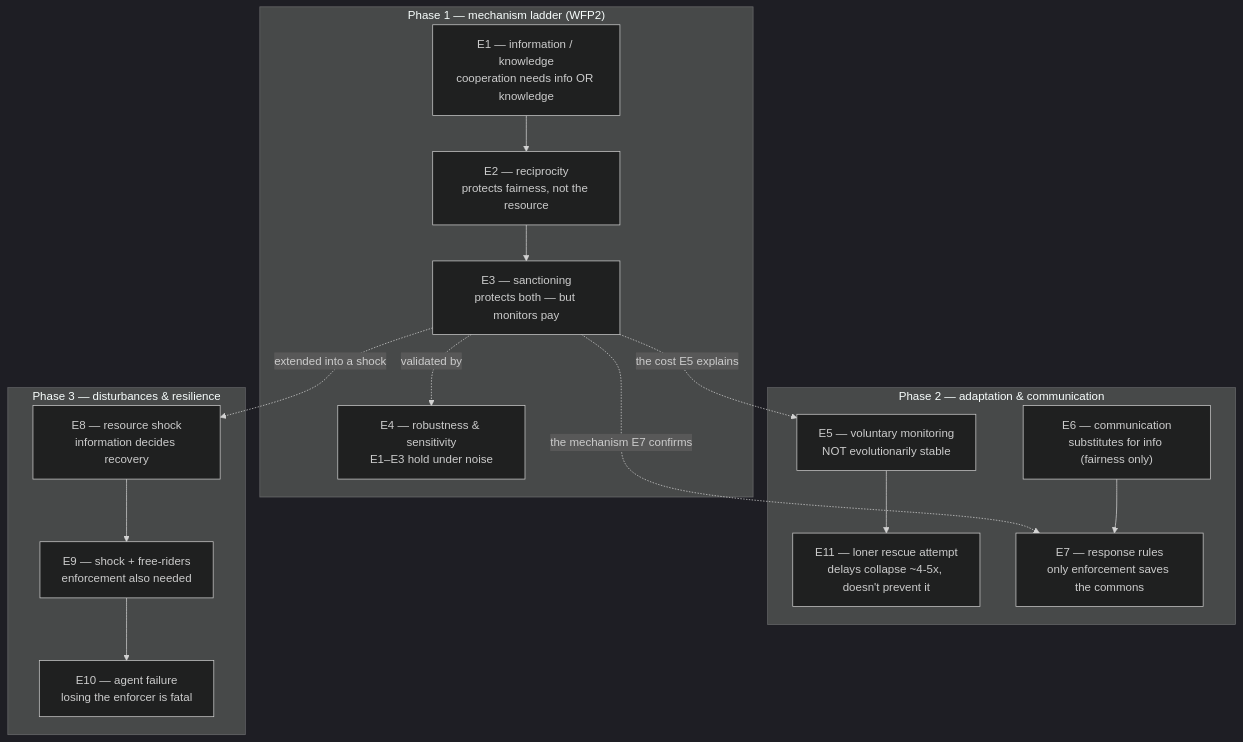
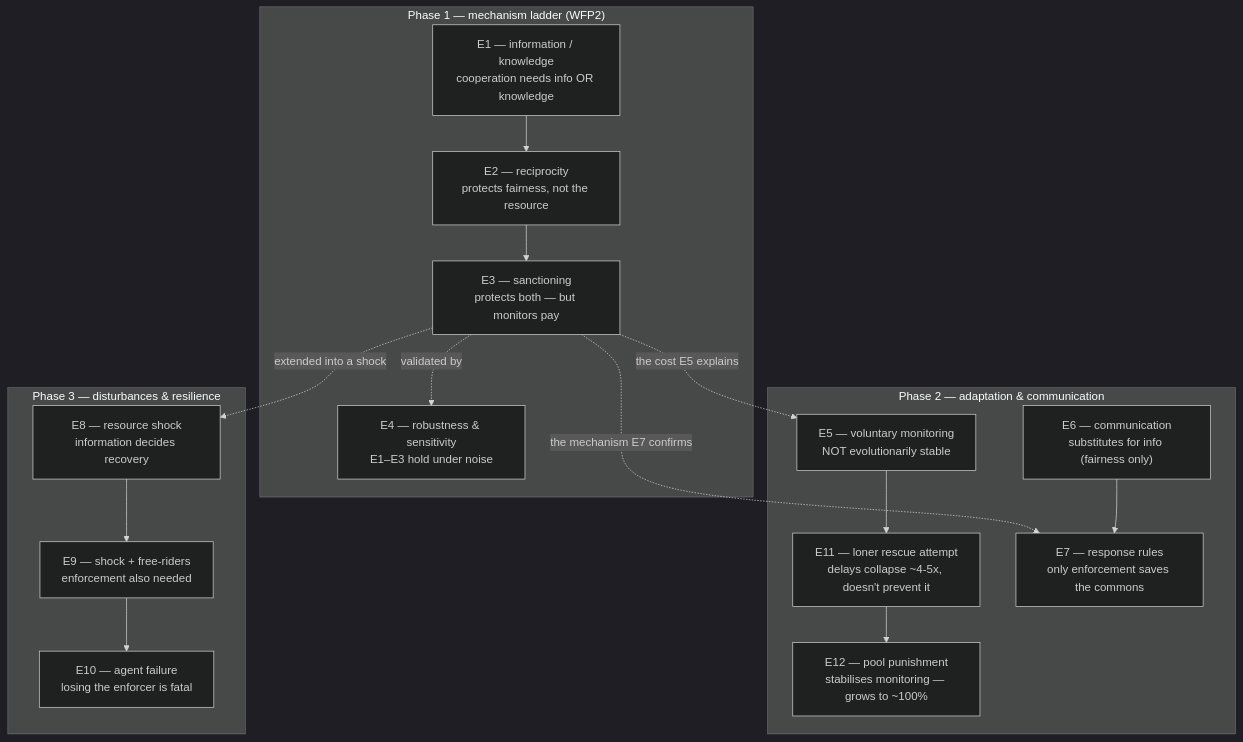
Before and after one commit to loonaarc/wfp2: the diagram in docs/findings-summary.md, drawn with Mermaid (dark theme). The commit also changed other lines of this file and 10 other files, not shown here.

First line of the commit message:
Add Experiment E12: Pool Punishment Mechanism

````diff
--- a/docs/findings-summary.md
+++ b/docs/findings-summary.md
@@ -72,31 +72,32 @@
 ```mermaid
 flowchart TD
     subgraph P1["Phase 1 — mechanism ladder (WFP2)"]
         E1["E1 — information / knowledge<br/>cooperation needs info OR knowledge"]
         E2["E2 — reciprocity<br/>protects fairness, not the resource"]
         E3["E3 — sanctioning<br/>protects both — but monitors pay"]
         E4["E4 — robustness & sensitivity<br/>E1–E3 hold under noise"]
         E1 --> E2 --> E3
         E3 -.validated by.-> E4
     end
 
     subgraph P2["Phase 2 — adaptation & communication"]
         E5["E5 — voluntary monitoring<br/>NOT evolutionarily stable"]
         E11["E11 — loner rescue attempt<br/>delays collapse ~4-5x, doesn't prevent it"]
+        E12["E12 — pool punishment<br/>stabilises monitoring — grows to ~100%"]
         E6["E6 — communication<br/>substitutes for info (fairness only)"]
         E7["E7 — response rules<br/>only enforcement saves the commons"]
-        E5 --> E11
+        E5 --> E11 --> E12
         E6 --> E7
     end
 
     subgraph P3["Phase 3 — disturbances & resilience"]
         E8["E8 — resource shock<br/>information decides recovery"]
         E9["E9 — shock + free-riders<br/>enforcement also needed"]
         E10["E10 — agent failure<br/>losing the enforcer is fatal"]
         E8 --> E9 --> E10
     end
 
     E3 -.the cost E5 explains.-> E5
     E3 -.the mechanism E7 confirms.-> E7
     E3 -.extended into a shock.-> E8
 ```
````
